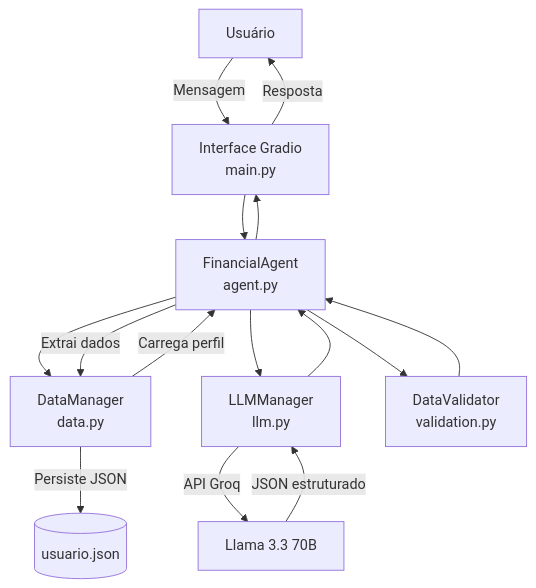
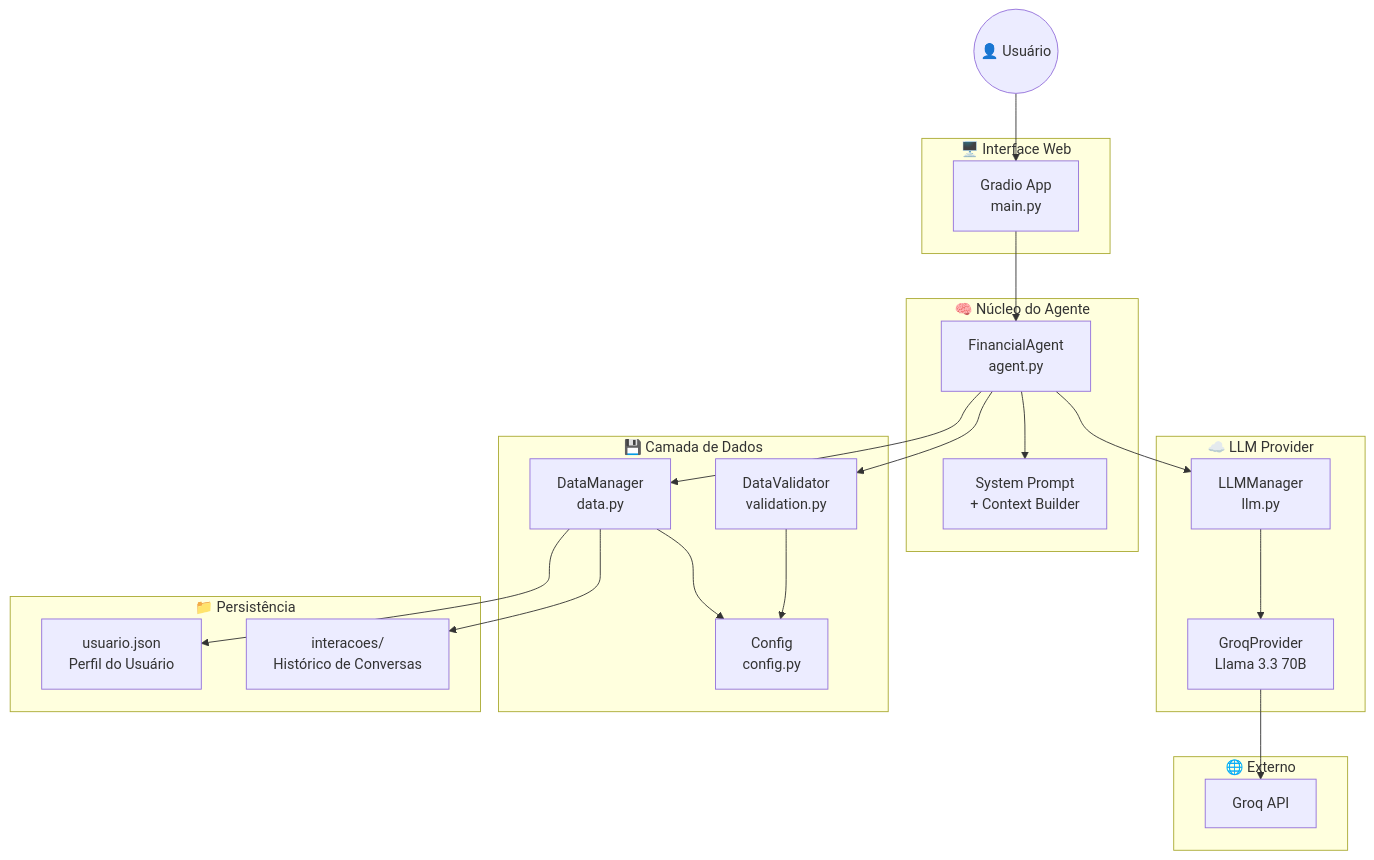
One commit to kalkehcoisa/dio-lab-bia-do-futuro changed the diagram in docs/01-documentacao-agente.md. Above: the diagram before and after it, drawn with Mermaid. The commit also changed other lines of this file and 1 other file, not shown here.

Commit message:
Adicionados diagramas da arquitetura do mermaid.

````diff
--- a/docs/01-documentacao-agente.md
+++ b/docs/01-documentacao-agente.md
@@ -74,17 +74,46 @@
 ```mermaid
-flowchart TD
-    A[Usuário] -->|Mensagem| B[Interface Gradio<br/>main.py]
-    B --> C[FinancialAgent<br/>agent.py]
-    C --> D[DataManager<br/>data.py]
-    D -->|Carrega perfil| C
-    C --> E[LLMManager<br/>llm.py]
-    E -->|API Groq| F[Llama 3.3 70B]
-    F -->|JSON estruturado| E
-    E --> C
-    C --> G[DataValidator<br/>validation.py]
-    G --> C
-    C -->|Extrai dados| D
-    D -->|Persiste JSON| H[(usuario.json)]
-    C --> B
-    B -->|Resposta| A
+flowchart TB
+    subgraph Interface["🖥️ Interface Web"]
+        Gradio["Gradio App<br/>main.py"]
+    end
+
+    subgraph Core["🧠 Núcleo do Agente"]
+        Agent["FinancialAgent<br/>agent.py"]
+        Prompt["System Prompt<br/>+ Context Builder"]
+    end
+
+    subgraph LLM["☁️ LLM Provider"]
+        LLMManager["LLMManager<br/>llm.py"]
+        Groq["GroqProvider<br/>Llama 3.3 70B"]
+    end
+
+    subgraph Data["💾 Camada de Dados"]
+        DataManager["DataManager<br/>data.py"]
+        Validator["DataValidator<br/>validation.py"]
+        Config["Config<br/>config.py"]
+    end
+
+    subgraph Storage["📁 Persistência"]
+        UserJSON["usuario.json<br/>Perfil do Usuário"]
+        Interacoes["interacoes/<br/>Histórico de Conversas"]
+    end
+
+    subgraph External["🌐 Externo"]
+        GroqAPI["Groq API"]
+    end
+
+    User((👤 Usuário)) --> Gradio
+    Gradio --> Agent
+    Agent --> Prompt
+    Agent --> LLMManager
+    Agent --> DataManager
+    Agent --> Validator
+    
+    LLMManager --> Groq
+    Groq --> GroqAPI
+    
+    DataManager --> UserJSON
+    DataManager --> Interacoes
+    DataManager --> Config
+    Validator --> Config
 ```
````
